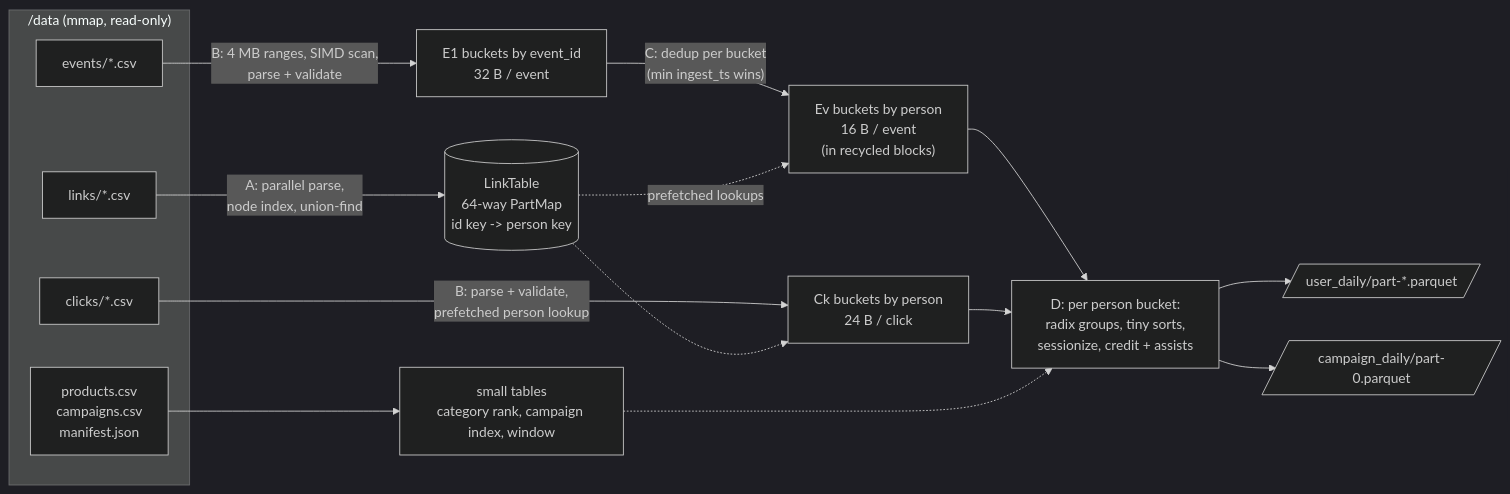
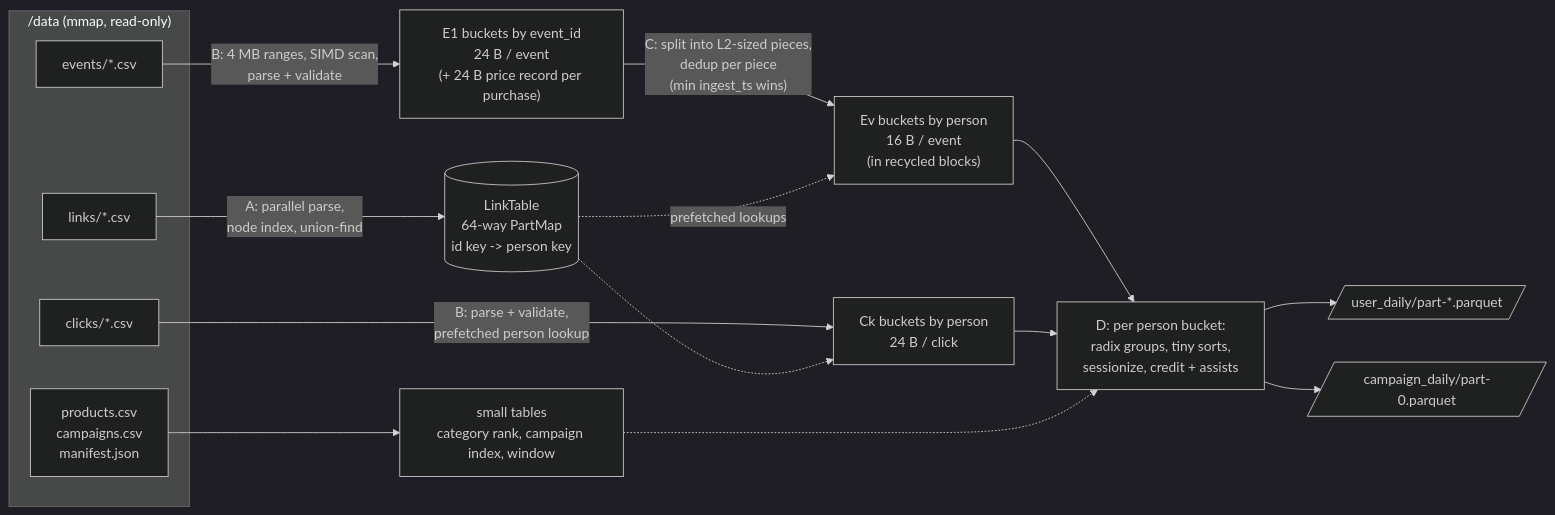
The first of 8 diagrams in docs/ARCHITECTURE.md (Kavan04/Databricks_Shopping), drawn with Mermaid (dark theme) before and after one commit. The commit also changed other lines of this file, not shown here.

Commit message:
docs: architecture for v3.11 (24-byte records, split dedup, streamed output)

````diff
--- a/docs/ARCHITECTURE.md
+++ b/docs/ARCHITECTURE.md
@@ -16,27 +16,27 @@
 ```mermaid
 flowchart LR
     subgraph IN["/data (mmap, read-only)"]
         L[links/*.csv]
         E[events/*.csv]
         C[clicks/*.csv]
         P[products.csv<br/>campaigns.csv<br/>manifest.json]
     end
 
     P --> SM["small tables<br/>category rank, campaign index, window"]
 
     L -->|"A: parallel parse,<br/>node index, union-find"| LT[("LinkTable<br/>64-way PartMap<br/>id key -> person key")]
 
-    E -->|"B: 4 MB ranges, SIMD scan,<br/>parse + validate"| EB["E1 buckets by event_id<br/>32 B / event"]
+    E -->|"B: 4 MB ranges, SIMD scan,<br/>parse + validate"| EB["E1 buckets by event_id<br/>24 B / event<br/>(+ 24 B price record per purchase)"]
     C -->|"B: parse + validate,<br/>prefetched person lookup"| CB["Ck buckets by person<br/>24 B / click"]
     LT -.-> CB
 
-    EB -->|"C: dedup per bucket<br/>(min ingest_ts wins)"| EV["Ev buckets by person<br/>16 B / event<br/>(in recycled blocks)"]
+    EB -->|"C: split into L2-sized pieces,<br/>dedup per piece<br/>(min ingest_ts wins)"| EV["Ev buckets by person<br/>16 B / event<br/>(in recycled blocks)"]
     LT -.->|"prefetched lookups"| EV
 
     EV --> S3["D: per person bucket:<br/>radix groups, tiny sorts,<br/>sessionize, credit + assists"]
     CB --> S3
     SM -.-> S3
 
     S3 --> UD[/"user_daily/part-*.parquet"/]
     S3 --> CD[/"campaign_daily/part-0.parquet"/]
 ```
````
